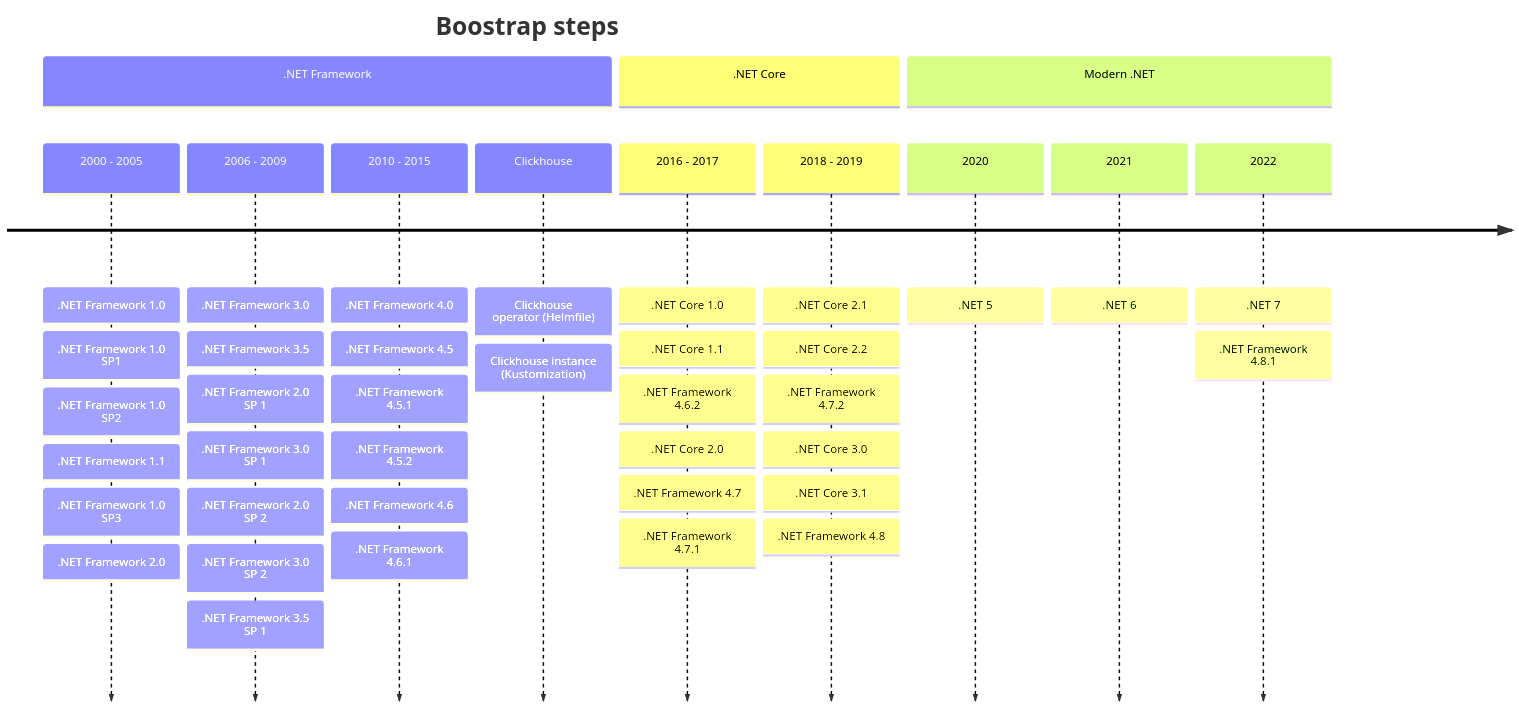
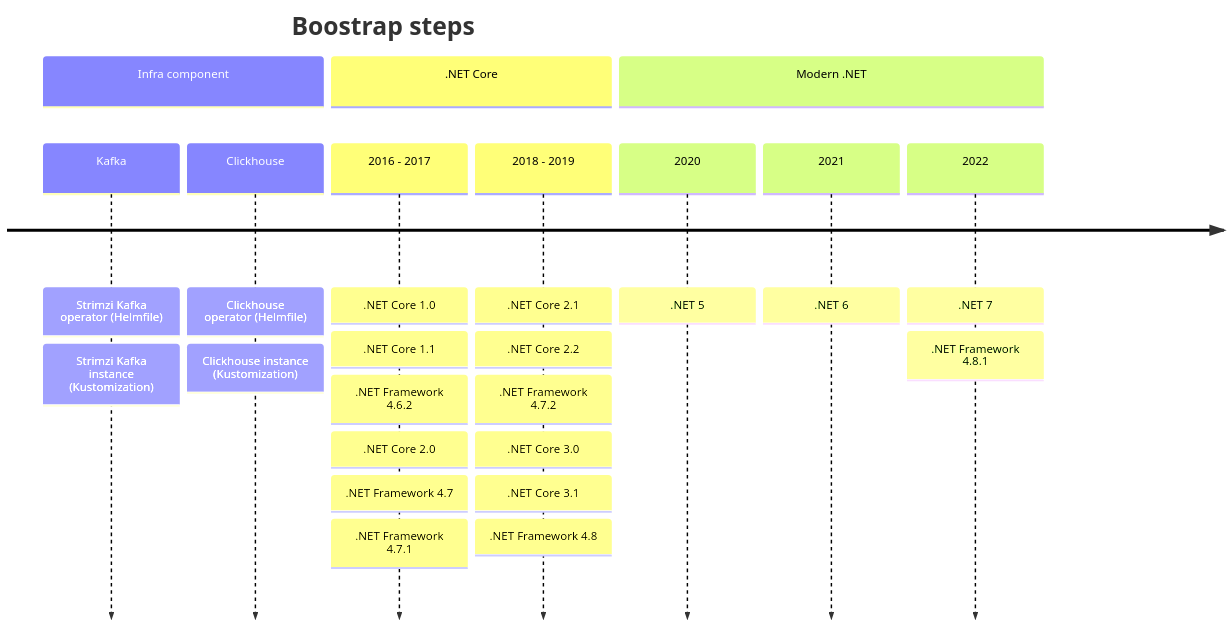
The diagram in README.md (Real-World-ML/glassflow-demo), drawn with Mermaid before and after one commit.

Commit message:
README updates

````diff
--- a/README.md
+++ b/README.md
@@ -5,51 +5,32 @@
 ```mermaid
 
 timeline
     title Boostrap steps
-    section .NET Framework
-        2000 - 2005 
-             : .NET Framework 1.0
-             : .NET Framework 1.0 SP1
-             : .NET Framework 1.0 SP2
-             : .NET Framework 1.1
-             : .NET Framework 1.0 SP3
-             : .NET Framework 2.0
-        2006 - 2009 
-             : .NET Framework 3.0
-             : .NET Framework 3.5 
-             : .NET Framework 2.0 SP 1 
-             : .NET Framework 3.0 SP 1 
-             : .NET Framework 2.0 SP 2 
-             : .NET Framework 3.0 SP 2 
-             : .NET Framework 3.5 SP 1
-        2010 - 2015 
-             : .NET Framework 4.0
-             : .NET Framework 4.5
-             : .NET Framework 4.5.1
-             : .NET Framework 4.5.2
-             : .NET Framework 4.6
-             : .NET Framework 4.6.1
+    section Infra component
+        Kafka
+             : Strimzi Kafka operator (Helmfile)
+             : Strimzi Kafka instance (Kustomization)
         Clickhouse
              : Clickhouse operator (Helmfile)
              : Clickhouse instance (Kustomization)
     section .NET Core
         2016 - 2017 
              : .NET Core 1.0
              : .NET Core 1.1
              : .NET Framework 4.6.2
              : .NET Core 2.0
              : .NET Framework 4.7
              : .NET Framework 4.7.1
         2018 - 2019 
              : .NET Core 2.1
              : .NET Core 2.2
              : .NET Framework 4.7.2             
              : .NET Core 3.0
              : .NET Core 3.1
              : .NET Framework 4.8
     section Modern .NET
         2020 : .NET 5
         2021 : .NET 6
         2022 : .NET 7
              : .NET Framework 4.8.1
 ```
````
